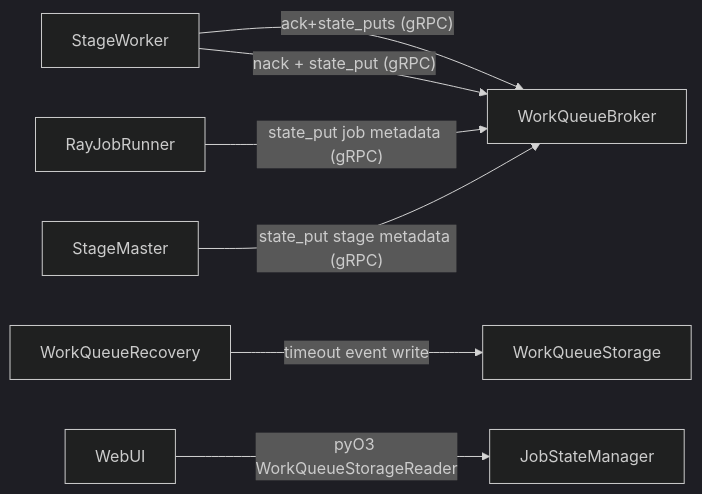
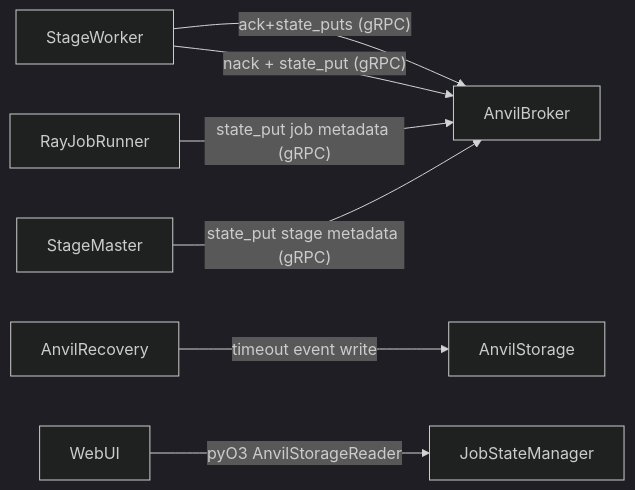
One commit to lumalabs/nurion changed the diagram in docs/design/webui.md. Above: the diagram before and after it, drawn with Mermaid (dark theme). The commit also changed other lines of this file and 132 other files, not shown here.

First line of the commit message:
refactor: rename WorkQueue to Anvil and add Rust gRPC client

````diff
--- a/docs/design/webui.md
+++ b/docs/design/webui.md
@@ -24,9 +24,9 @@
 ```mermaid
 flowchart LR
-    StageWorker -->|"ack+state_puts (gRPC)"| WorkQueueBroker
-    StageWorker -->|"nack + state_put (gRPC)"| WorkQueueBroker
-    RayJobRunner -->|"state_put job metadata (gRPC)"| WorkQueueBroker
-    StageMaster -->|"state_put stage metadata (gRPC)"| WorkQueueBroker
-    WorkQueueRecovery -->|"timeout event write"| WorkQueueStorage
-    WebUI -->|"pyO3 WorkQueueStorageReader"| JobStateManager
+    StageWorker -->|"ack+state_puts (gRPC)"| AnvilBroker
+    StageWorker -->|"nack + state_put (gRPC)"| AnvilBroker
+    RayJobRunner -->|"state_put job metadata (gRPC)"| AnvilBroker
+    StageMaster -->|"state_put stage metadata (gRPC)"| AnvilBroker
+    AnvilRecovery -->|"timeout event write"| AnvilStorage
+    WebUI -->|"pyO3 AnvilStorageReader"| JobStateManager
 ```
````
